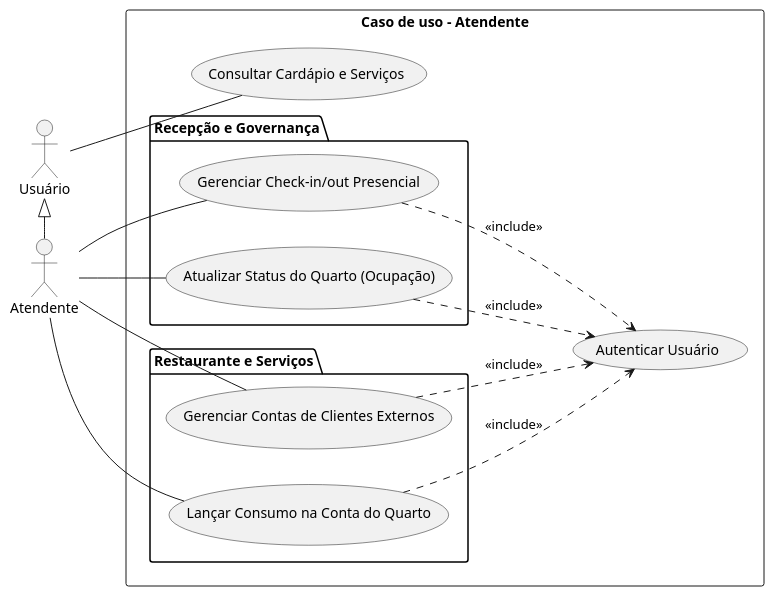
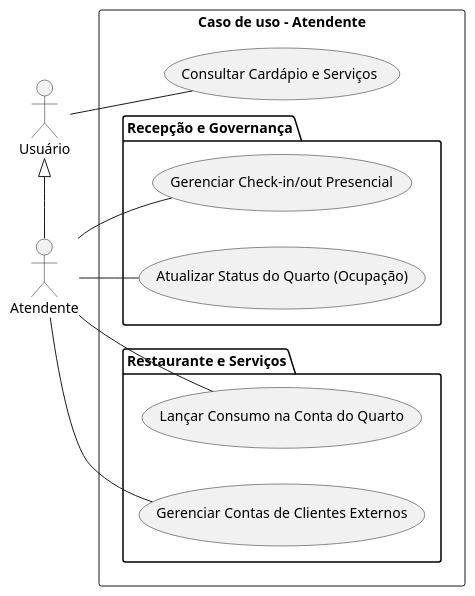
The diagram in diagramas/UC4_atendente.iuml (gusjjpv/serro-hotelaria), drawn with PlantUML before and after one commit. The commit also changed 3 other files, not shown here.

```diff
--- a/diagramas/UC4_atendente.iuml
+++ b/diagramas/UC4_atendente.iuml
@@ -1,36 +1,30 @@
 @startuml
 left to right direction
 
 actor "Usuário" as usuario
 actor "Atendente" as atendente
 
 usuario <|-right- atendente
 
-rectangle "Caso de uso - Atendente" {
-    usecase "Autenticar Usuário" as auth
-    
+rectangle "Caso de uso - Atendente" {    
     usecase "Consultar Cardápio e Serviços" as uc11
     
     package "Recepção e Governança" {
         usecase "Gerenciar Check-in/out Presencial" as uc07
         usecase "Atualizar Status do Quarto (Ocupação)" as uc10
     }
 
     package "Restaurante e Serviços" {
         usecase "Lançar Consumo na Conta do Quarto" as uc09
         usecase "Gerenciar Contas de Clientes Externos" as uc12
     }
 
     usuario -right- uc11
 
     atendente -- uc07
     atendente -- uc10
     atendente -- uc09
     atendente -- uc12
 
-    uc07 ..> auth : <<include>>
-    uc09 ..> auth : <<include>>
-    uc10 ..> auth : <<include>>
-    uc12 ..> auth : <<include>>
 }
 @enduml
```
